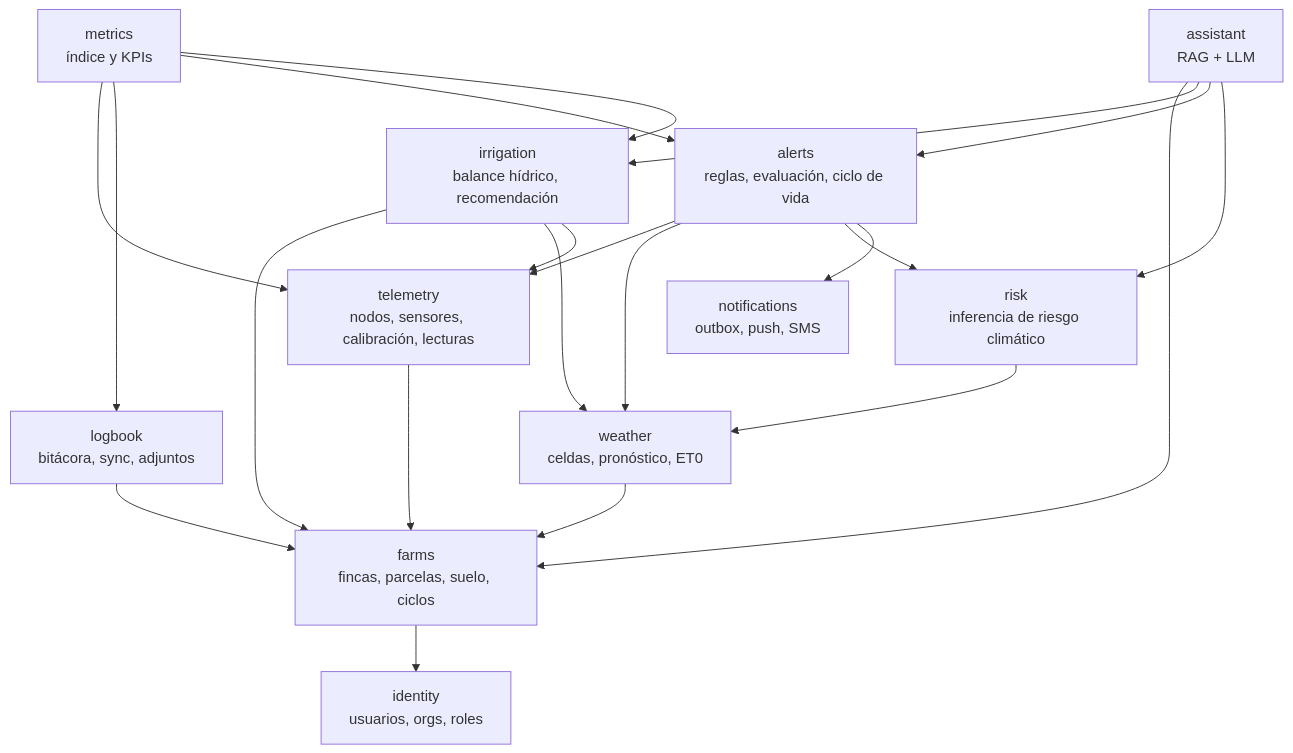
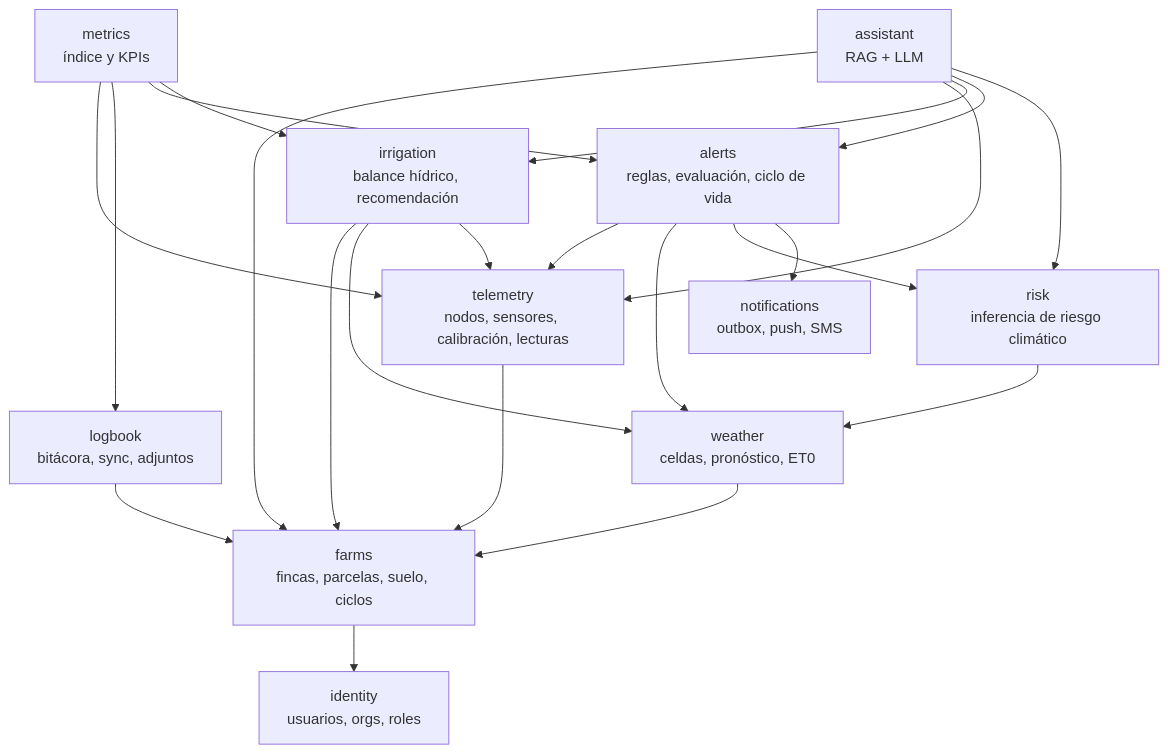
The third of 6 diagrams in docs/05-arquitectura.md (jab16jy/techcamp-v2), drawn with Mermaid before and after one commit. The commit also changed 2 other files, not shown here.

Commit message:
docs: ground the assistant on sensor and ML facts and record why no agent framework

````diff
--- a/docs/05-arquitectura.md
+++ b/docs/05-arquitectura.md
@@ -89,35 +89,36 @@
 ```mermaid
 flowchart TB
   identity[identity<br/>usuarios, orgs, roles]
   farms[farms<br/>fincas, parcelas, suelo, ciclos]
   telemetry[telemetry<br/>nodos, sensores, calibración, lecturas]
   weather[weather<br/>celdas, pronóstico, ET0]
   irrigation[irrigation<br/>balance hídrico, recomendación]
   alerts[alerts<br/>reglas, evaluación, ciclo de vida]
   notifications[notifications<br/>outbox, push, SMS]
   logbook[logbook<br/>bitácora, sync, adjuntos]
   risk[risk<br/>inferencia de riesgo climático]
   metrics[metrics<br/>índice y KPIs]
   assistant[assistant<br/>RAG + LLM]
 
   farms --> identity
   telemetry --> farms
   weather --> farms
   irrigation --> farms
   irrigation --> weather
   irrigation --> telemetry
   alerts --> telemetry
   alerts --> weather
   alerts --> risk
   alerts --> notifications
   logbook --> farms
   risk --> weather
   metrics --> telemetry
   metrics --> logbook
   metrics --> alerts
   metrics --> irrigation
   assistant --> farms
+  assistant --> telemetry
   assistant --> irrigation
   assistant --> alerts
   assistant --> risk
 ```
````
